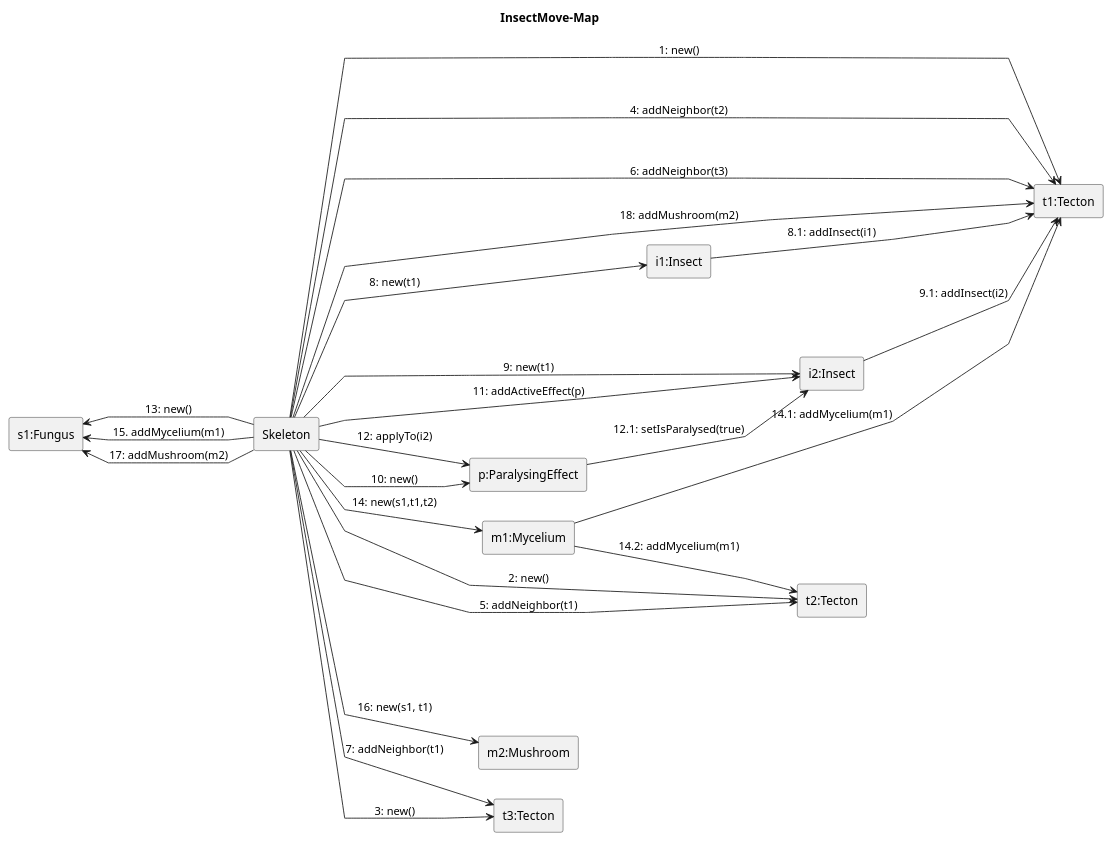
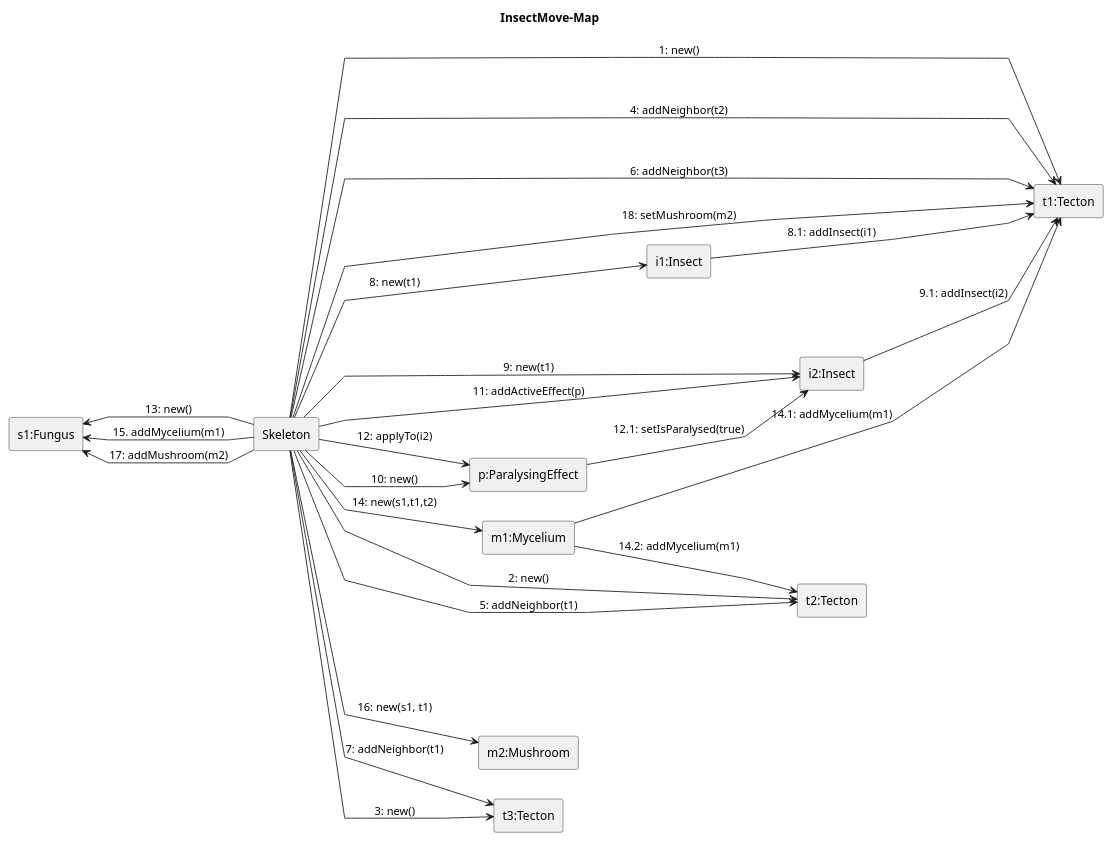
The diagram in Skeleton/Insect-move/map.pu (ZD4ve/projlab-error521), drawn with PlantUML before and after one commit. The commit also changed 1 other file, not shown here.

```diff
--- a/Skeleton/Insect-move/map.pu
+++ b/Skeleton/Insect-move/map.pu
@@ -1,45 +1,45 @@
 @startuml Insect-move/map 
 left to right direction
 title InsectMove-Map
 skinparam linetype polyline
 rectangle Skeleton as S
 
 rectangle "s1:Fungus" as s1
 rectangle "m1:Mycelium" as m1
 rectangle "m2:Mushroom" as m2
 rectangle "t1:Tecton" as t1
 rectangle "t2:Tecton" as t2
 rectangle "t3:Tecton" as t3
 rectangle "i1:Insect" as i1
 rectangle "i2:Insect" as i2
 rectangle "p:ParalysingEffect" as p
 
 S --> t1: 1: new()
 S --> t2: 2: new()
 S --> t3: 3: new()
 S --> t1: 4: addNeighbor(t2)
 S --> t2: 5: addNeighbor(t1)
 S --> t1: 6: addNeighbor(t3)
 S --> t3: 7: addNeighbor(t1)
 
 S --> i1: 8: new(t1)
 i1 --> t1 : 8.1: addInsect(i1)
 S --> i2: 9: new(t1)
 i2 --> t1 : 9.1: addInsect(i2)
 S --> p: 10: new()
 S --> i2: 11: addActiveEffect(p)
 S --> p : 12: applyTo(i2)
 p --> i2 : 12.1: setIsParalysed(true)
 
 S -left-> s1: 13: new()
 S --> m1: 14: new(s1,t1,t2)
 m1 --> t1 : 14.1: addMycelium(m1)
 m1 --> t2 : 14.2: addMycelium(m1)
 S --> s1: 15. addMycelium(m1)
 
 S --> m2: 16: new(s1, t1)
 S --> s1: 17: addMushroom(m2)
-S --> t1: 18: addMushroom(m2)
+S --> t1: 18: setMushroom(m2)
 
 
 @enduml
```
